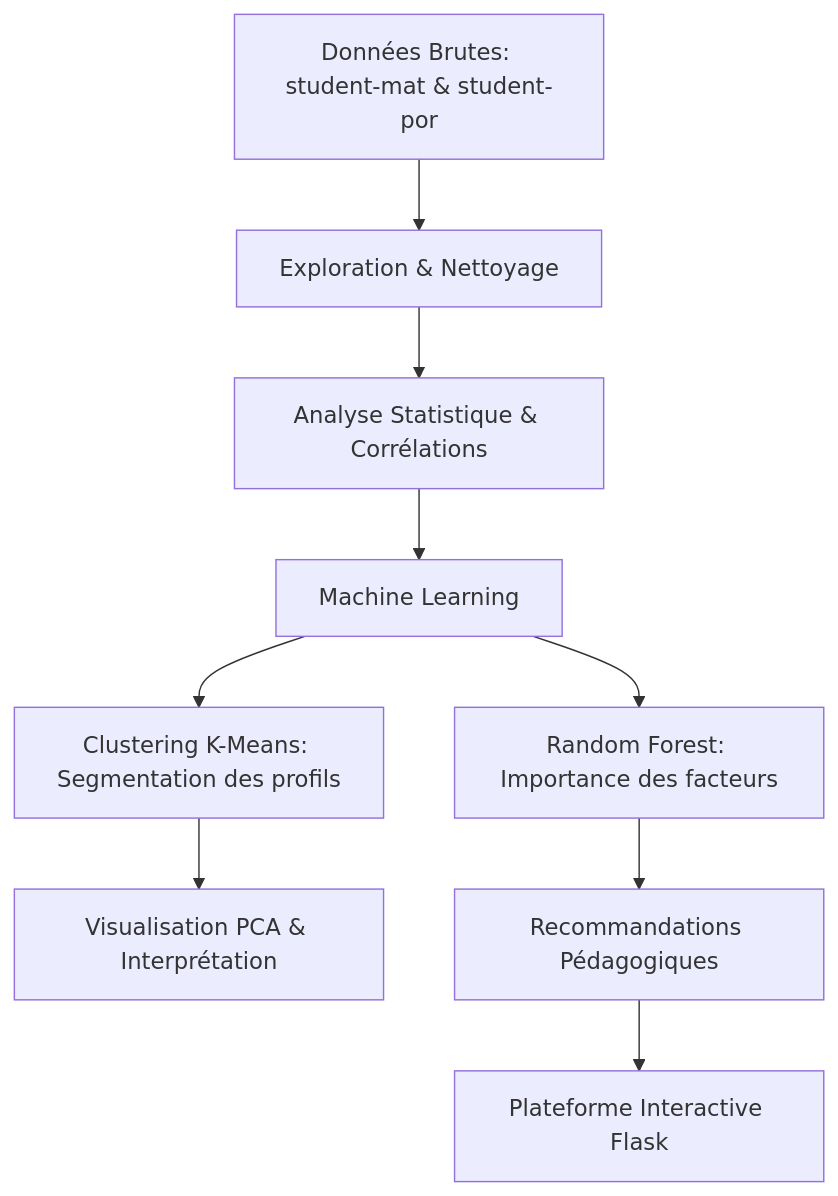
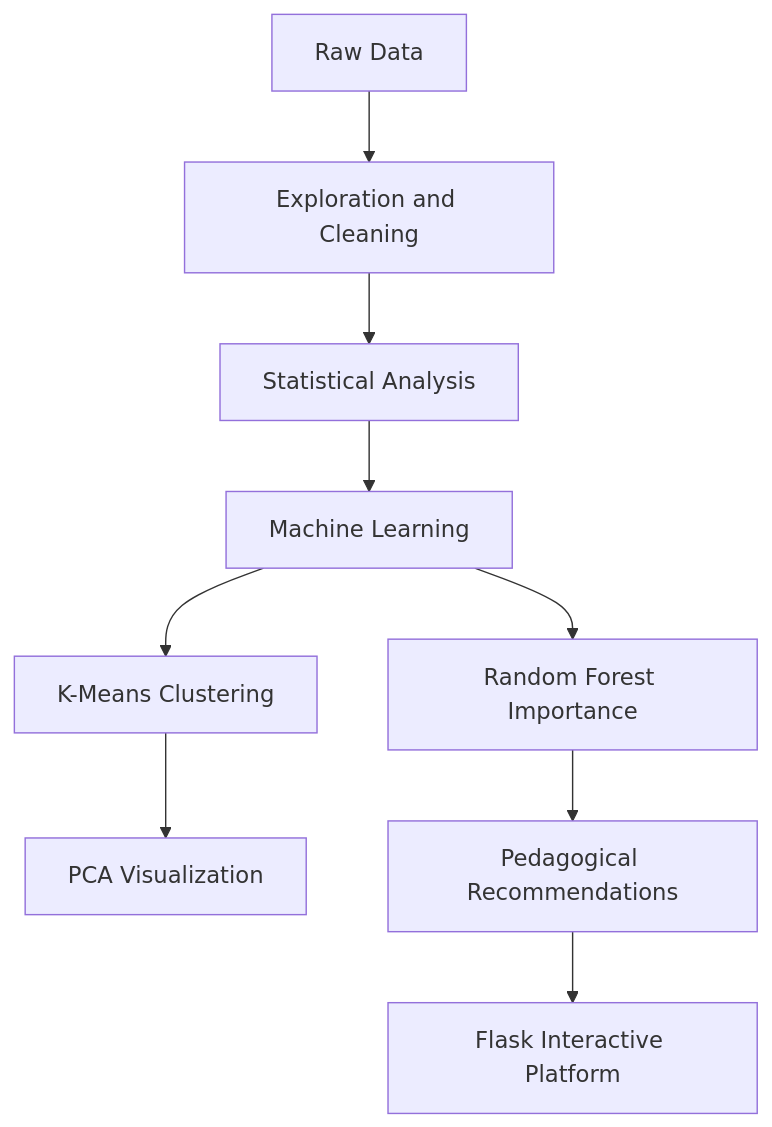
Before and after one commit to yss-ef/machine-learning-portfolio: the diagram in mini-projects/subject-03-student-success/README.md, drawn with Mermaid. The commit also changed other lines of this file and 7 other files, not shown here.

````diff
--- a/mini-projects/subject-03-student-success/README.md
+++ b/mini-projects/subject-03-student-success/README.md
@@ -20,11 +19,11 @@
 ```mermaid
 graph TD
-    A[Données Brutes: student-mat & student-por] --> B[Exploration & Nettoyage]
-    B --> C[Analyse Statistique & Corrélations]
+    A[Raw Data] --> B[Exploration and Cleaning]
+    B --> C[Statistical Analysis]
     C --> D[Machine Learning]
-    D --> D1[Clustering K-Means: Segmentation des profils]
-    D --> D2[Random Forest: Importance des facteurs]
-    D1 --> E[Visualisation PCA & Interprétation]
-    D2 --> F[Recommandations Pédagogiques]
-    F --> G[Plateforme Interactive Flask]
+    D --> D1[K-Means Clustering]
+    D --> D2[Random Forest Importance]
+    D1 --> E[PCA Visualization]
+    D2 --> F[Pedagogical Recommendations]
+    F --> G[Flask Interactive Platform]
 ```
````
